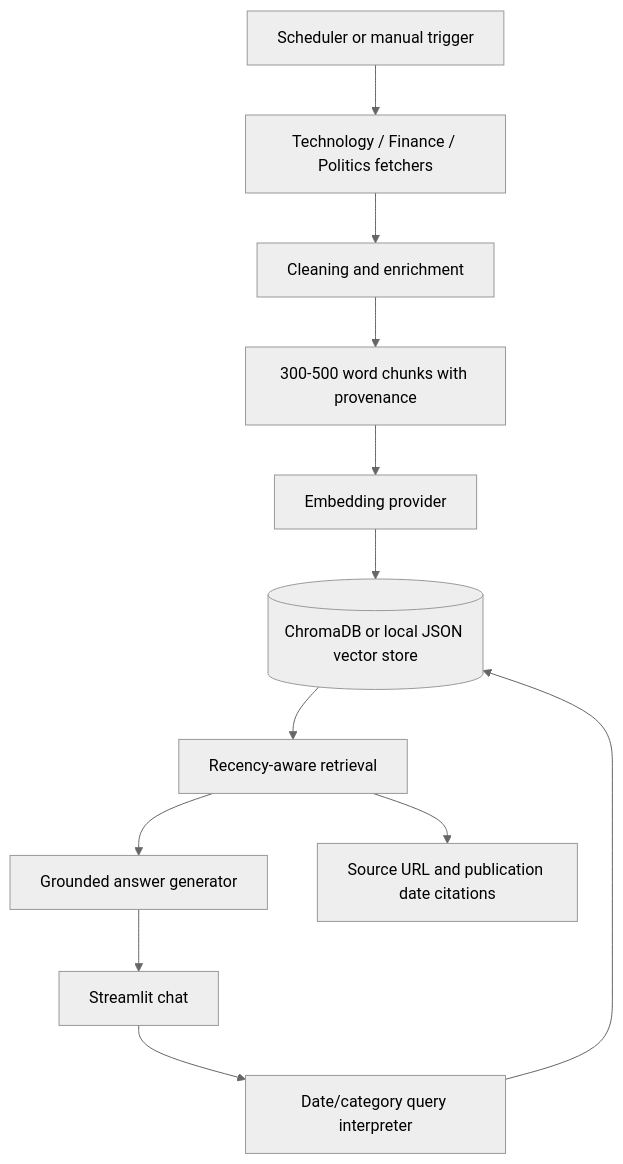
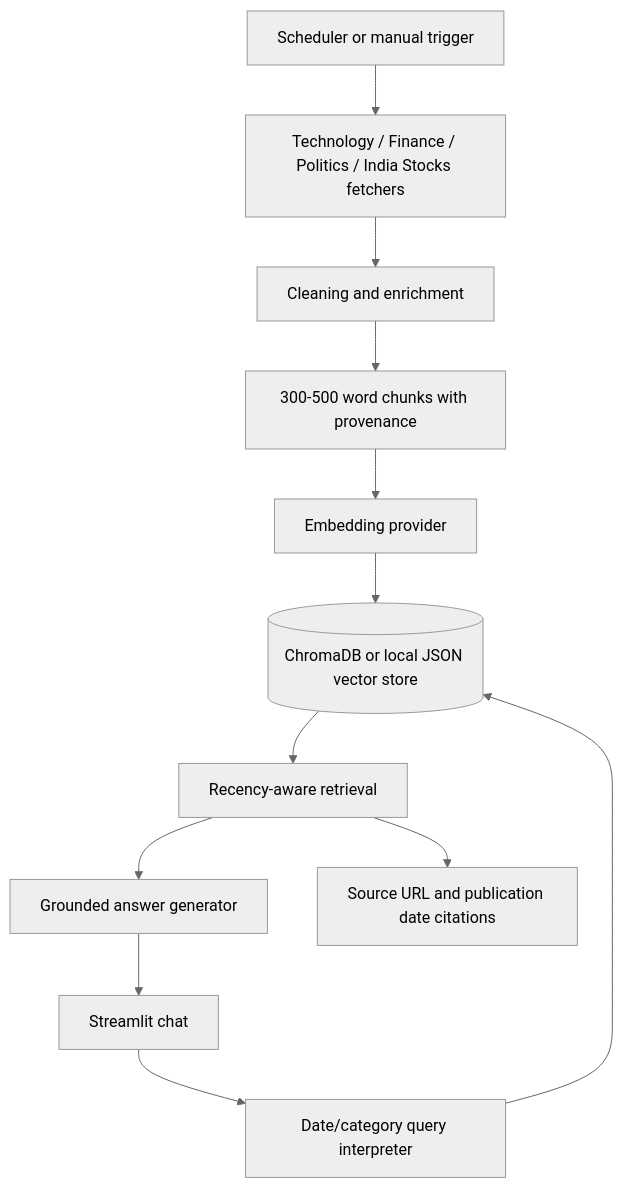
Before and after one commit to nareshgrampalli-coder/MADNIntelSysWRAG: the diagram in ARCHITECTURE.md, drawn with Mermaid (neutral theme). The commit also changed 10 other files, not shown here.

Commit message:
Add India stocks market category

````diff
--- a/ARCHITECTURE.md
+++ b/ARCHITECTURE.md
@@ -3,14 +3,14 @@
 ```mermaid
 flowchart TD
-    S[Scheduler or manual trigger] --> F[Technology / Finance / Politics fetchers]
+    S[Scheduler or manual trigger] --> F[Technology / Finance / Politics / India Stocks fetchers]
     F --> P[Cleaning and enrichment]
     P --> C[300-500 word chunks with provenance]
     C --> E[Embedding provider]
     E --> V[(ChromaDB or local JSON vector store)]
     U[Streamlit chat] --> Q[Date/category query interpreter]
     Q --> V
     V --> R[Recency-aware retrieval]
     R --> A[Grounded answer generator]
     A --> U
     R --> X[Source URL and publication date citations]
 ```
````
